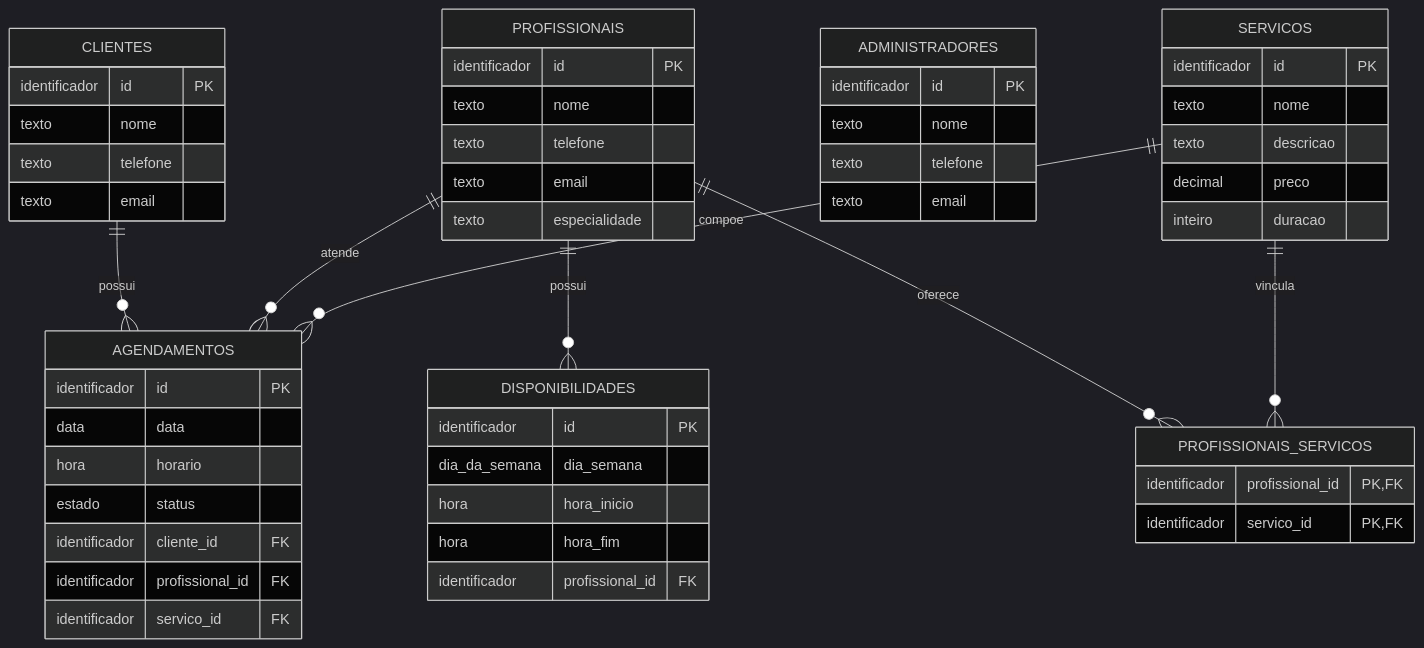
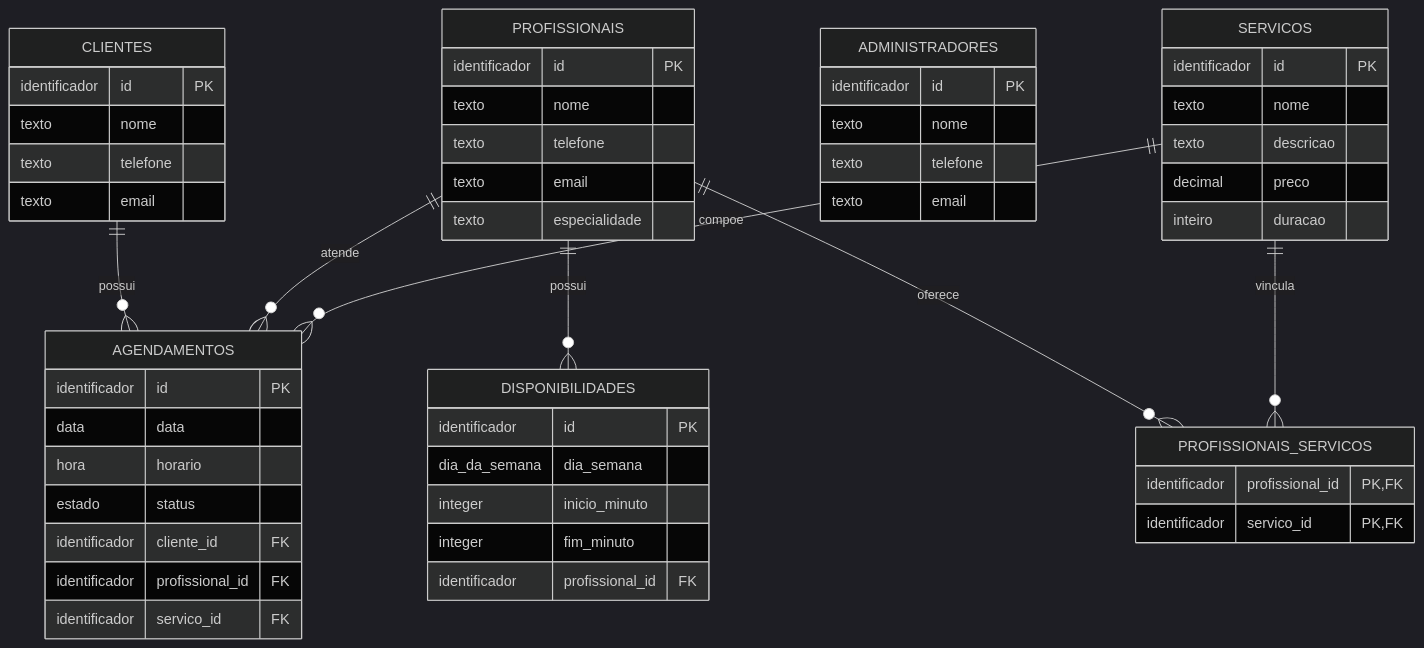
One commit to brunoramos-dev098/sistema-agendamento- changed the diagram in diagramas/diagrama-entidade-relacionamento.md. Above: the diagram before and after it, drawn with Mermaid (dark theme). The commit also changed other lines of this file and 16 other files, not shown here.

````diff
--- a/diagramas/diagrama-entidade-relacionamento.md
+++ b/diagramas/diagrama-entidade-relacionamento.md
@@ -5,56 +3,56 @@
 ```mermaid
 erDiagram
     CLIENTES {
         identificador id PK
         texto nome
         texto telefone
         texto email
     }
     PROFISSIONAIS {
         identificador id PK
         texto nome
         texto telefone
         texto email
         texto especialidade
     }
     ADMINISTRADORES {
         identificador id PK
         texto nome
         texto telefone
         texto email
     }
     SERVICOS {
         identificador id PK
         texto nome
         texto descricao
         decimal preco
         inteiro duracao
     }
     DISPONIBILIDADES {
         identificador id PK
         dia_da_semana dia_semana
-        hora hora_inicio
-        hora hora_fim
+        integer inicio_minuto
+        integer fim_minuto
         identificador profissional_id FK
     }
     AGENDAMENTOS {
         identificador id PK
         data data
         hora horario
         estado status
         identificador cliente_id FK
         identificador profissional_id FK
         identificador servico_id FK
     }
     PROFISSIONAIS_SERVICOS {
         identificador profissional_id PK, FK
         identificador servico_id PK, FK
     }
 
     CLIENTES ||--o{ AGENDAMENTOS : possui
     PROFISSIONAIS ||--o{ AGENDAMENTOS : atende
     SERVICOS ||--o{ AGENDAMENTOS : compoe
     PROFISSIONAIS ||--o{ DISPONIBILIDADES : possui
     PROFISSIONAIS ||--o{ PROFISSIONAIS_SERVICOS : oferece
     SERVICOS ||--o{ PROFISSIONAIS_SERVICOS : vincula
 ```
````
